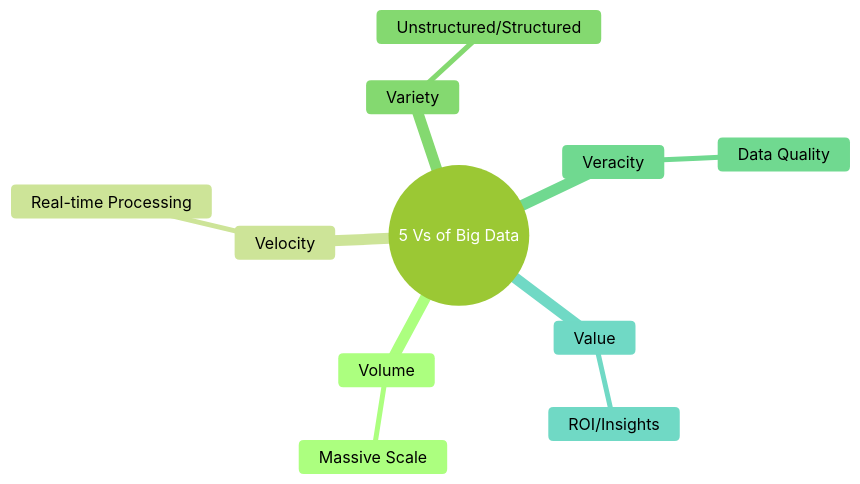
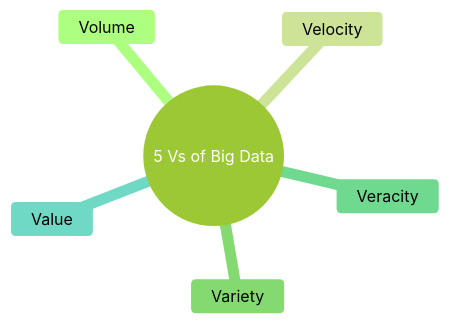
One commit to susanavenda/data_cambridge changed the third of 12 diagrams in README.md. Above: the diagram before and after it, drawn with Mermaid (forest theme). The commit also changed other lines of this file, not shown here.

````diff
--- a/README.md
+++ b/README.md
@@ -57,15 +52,10 @@
 ```mermaid
 mindmap
   root((5 Vs of Big Data))
     Volume
-      Massive Scale
     Velocity
-      Real-time Processing
     Variety
-      Unstructured/Structured
     Veracity
-      Data Quality
     Value
-      ROI/Insights
 
 ```
````
